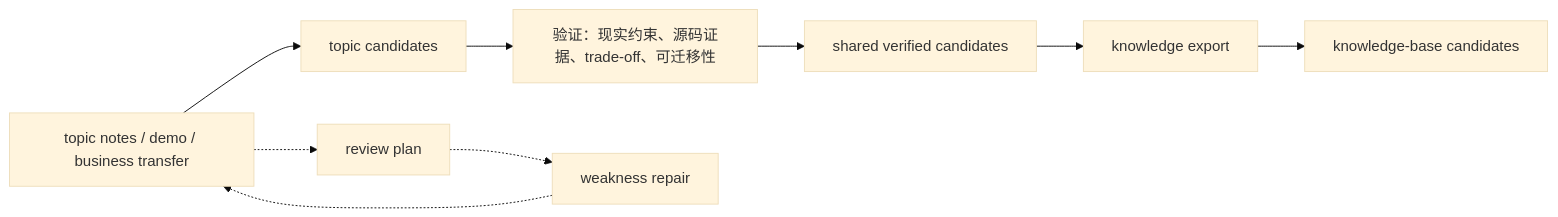
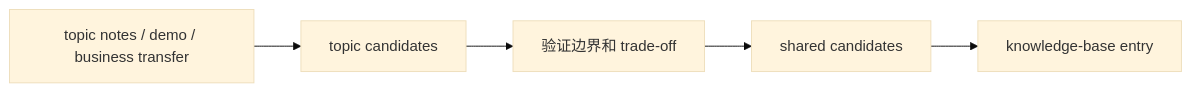
The fourth of 4 diagrams in README.md (hedon954/daedalus), drawn with Mermaid (base theme) before and after one commit. The commit also changed other lines of this file and 1 other file, not shown here.

````diff
--- a/README.md
+++ b/README.md
@@ -233,12 +213,7 @@
 ```mermaid
 flowchart LR
-    TopicEvidence["topic notes / demo / business transfer"] --> TopicCandidates["topic candidates"]
-    TopicCandidates --> Verify["验证：现实约束、源码证据、trade-off、可迁移性"]
-    Verify --> SharedCandidates["shared verified candidates"]
-    SharedCandidates --> Export["knowledge export"]
-    Export --> KnowledgeBase["knowledge-base candidates"]
-
-    TopicEvidence -.-> ReviewPlan["review plan"]
-    ReviewPlan -.-> Weakness["weakness repair"]
-    Weakness -.-> TopicEvidence
+    Evidence["topic notes / demo / business transfer"] --> Candidates["topic candidates"]
+    Candidates --> Verify["验证边界和 trade-off"]
+    Verify --> Shared["shared candidates"]
+    Shared --> Export["knowledge-base entry"]
 ```
````
